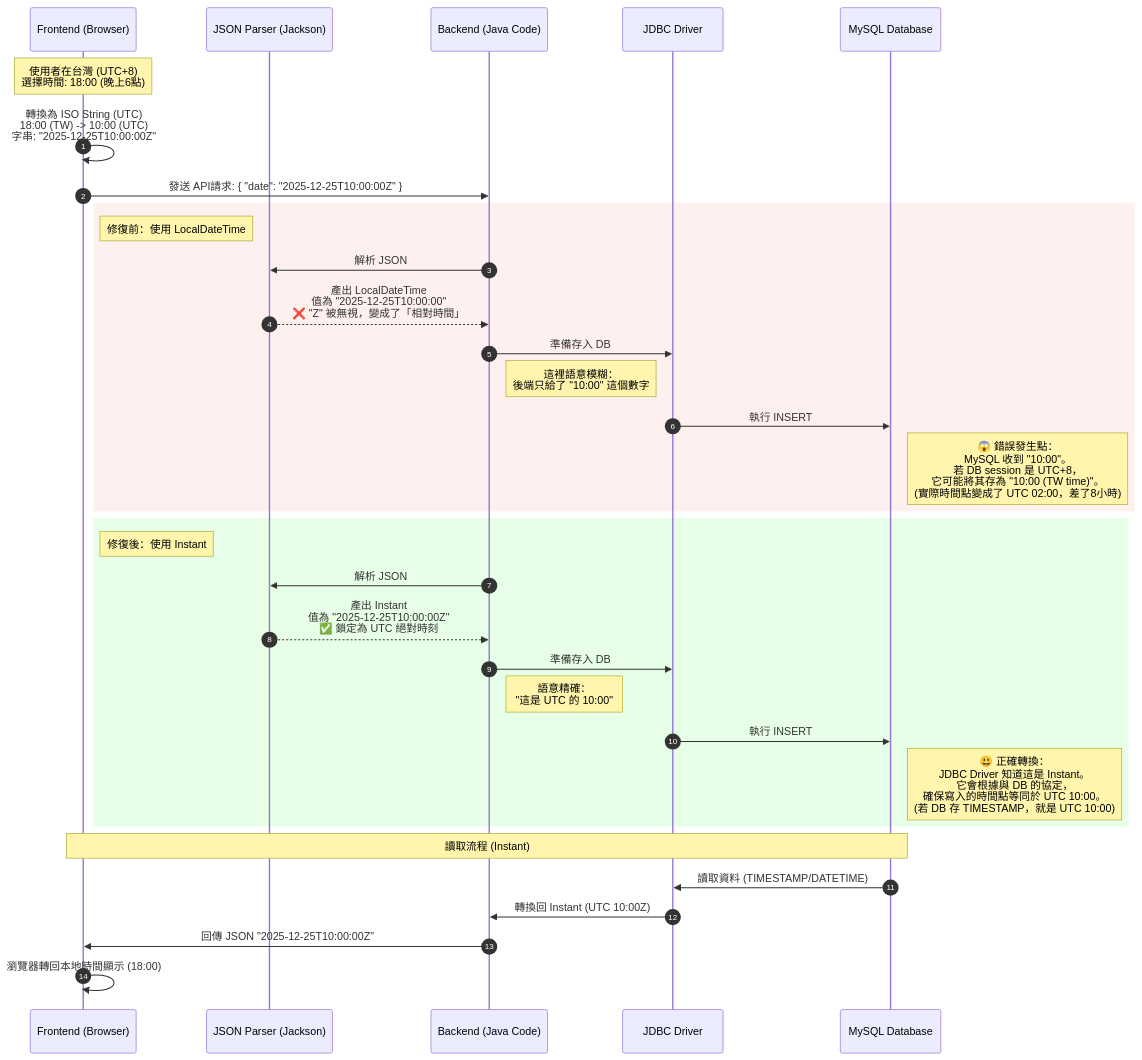
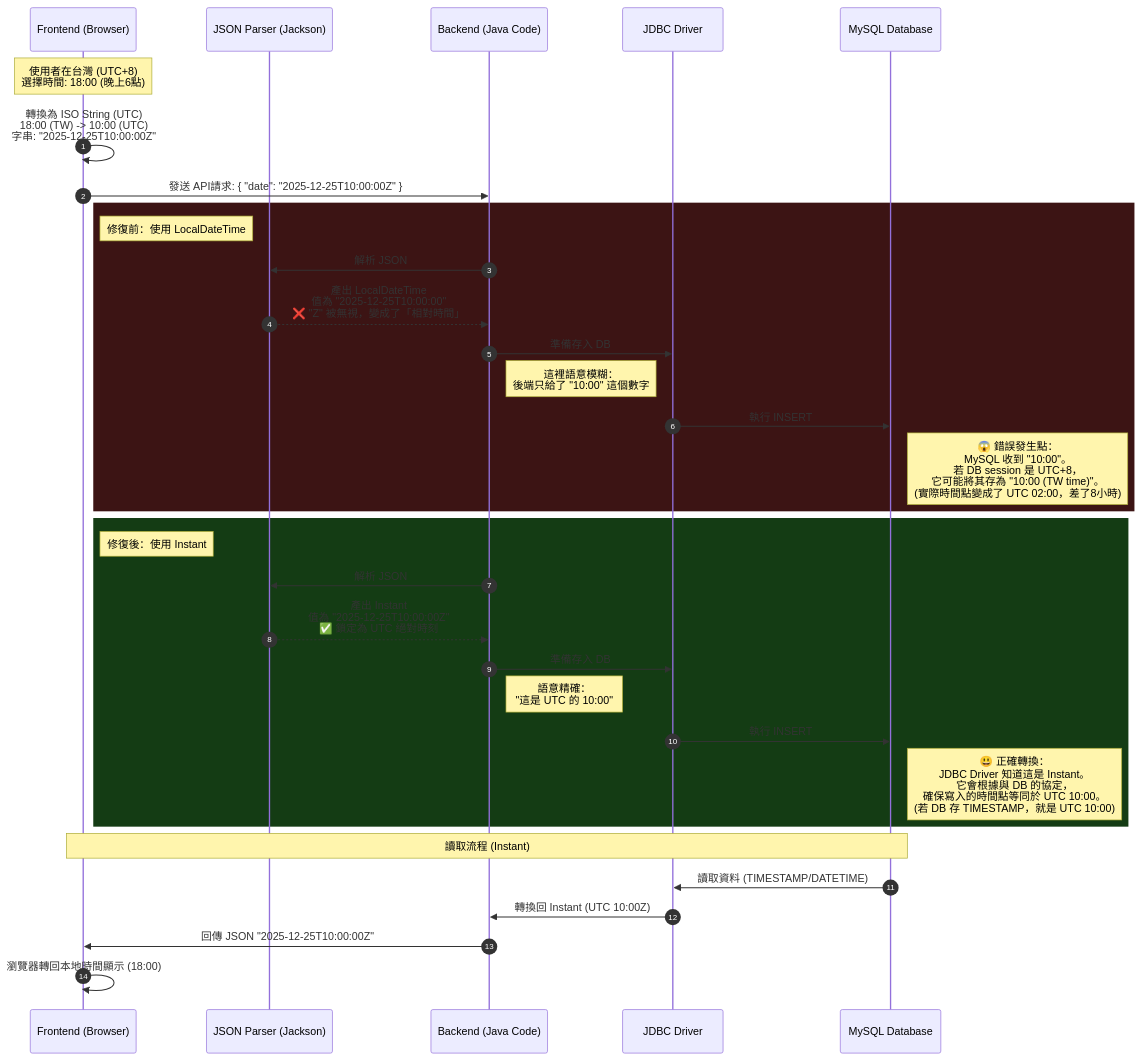
The fifth of 5 diagrams in docs/i18n/zh-TW/SYSTEM_DESIGN.md (itshard2name-gmail/mini-restaurant-app), drawn with Mermaid before and after one commit. The commit also changed 1 other file, not shown here.

Commit message:
docs: adjust mermaid diagram colors for dark mode contrast

````diff
--- a/docs/i18n/zh-TW/SYSTEM_DESIGN.md
+++ b/docs/i18n/zh-TW/SYSTEM_DESIGN.md
@@ -357,44 +357,44 @@
 ```mermaid
 sequenceDiagram
     autonumber
     participant FE as Frontend (Browser)
     participant JSON as JSON Parser (Jackson)
     participant BE as Backend (Java Code)
     participant JDBC as JDBC Driver
     participant DB as MySQL Database
 
     Note over FE: 使用者在台灣 (UTC+8)<br/>選擇時間: 18:00 (晚上6點)
 
     FE->>FE: 轉換為 ISO String (UTC)<br/>18:00 (TW) -> 10:00 (UTC)<br/>字串: "2025-12-25T10:00:00Z"
     FE->>BE: 發送 API請求: { "date": "2025-12-25T10:00:00Z" }
 
-    rect rgb(255, 240, 240)
+    rect rgb(60, 20, 20)
     Note right of FE: 修復前：使用 LocalDateTime
     BE->>JSON: 解析 JSON
     JSON-->>BE: 產出 LocalDateTime<br/>值為 "2025-12-25T10:00:00"<br/>❌ "Z" 被無視，變成了「相對時間」
     
     BE->>JDBC: 準備存入 DB
     Note right of BE: 這裡語意模糊：<br/>後端只給了 "10:00" 這個數字
     
     JDBC->>DB: 執行 INSERT
     Note right of DB: 😱 錯誤發生點：<br/>MySQL 收到 "10:00"。<br/>若 DB session 是 UTC+8，<br/>它可能將其存為 "10:00 (TW time)"。<br/>(實際時間點變成了 UTC 02:00，差了8小時)
     end
 
-    rect rgb(230, 255, 230)
+    rect rgb(20, 60, 20)
     Note right of FE: 修復後：使用 Instant
     BE->>JSON: 解析 JSON
     JSON-->>BE: 產出 Instant<br/>值為 "2025-12-25T10:00:00Z"<br/>✅ 鎖定為 UTC 絕對時刻
     
     BE->>JDBC: 準備存入 DB
     Note right of BE: 語意精確：<br/>"這是 UTC 的 10:00"
     
     JDBC->>DB: 執行 INSERT
     Note right of DB: 😃 正確轉換：<br/>JDBC Driver 知道這是 Instant。<br/>它會根據與 DB 的協定，<br/>確保寫入的時間點等同於 UTC 10:00。<br/>(若 DB 存 TIMESTAMP，就是 UTC 10:00)
     end
 
     Note over DB, FE: 讀取流程 (Instant)
     DB->>JDBC: 讀取資料 (TIMESTAMP/DATETIME)
     JDBC->>BE: 轉換回 Instant (UTC 10:00Z)
     BE->>FE: 回傳 JSON "2025-12-25T10:00:00Z"
     FE->>FE: 瀏覽器轉回本地時間顯示 (18:00)
 ```
````
